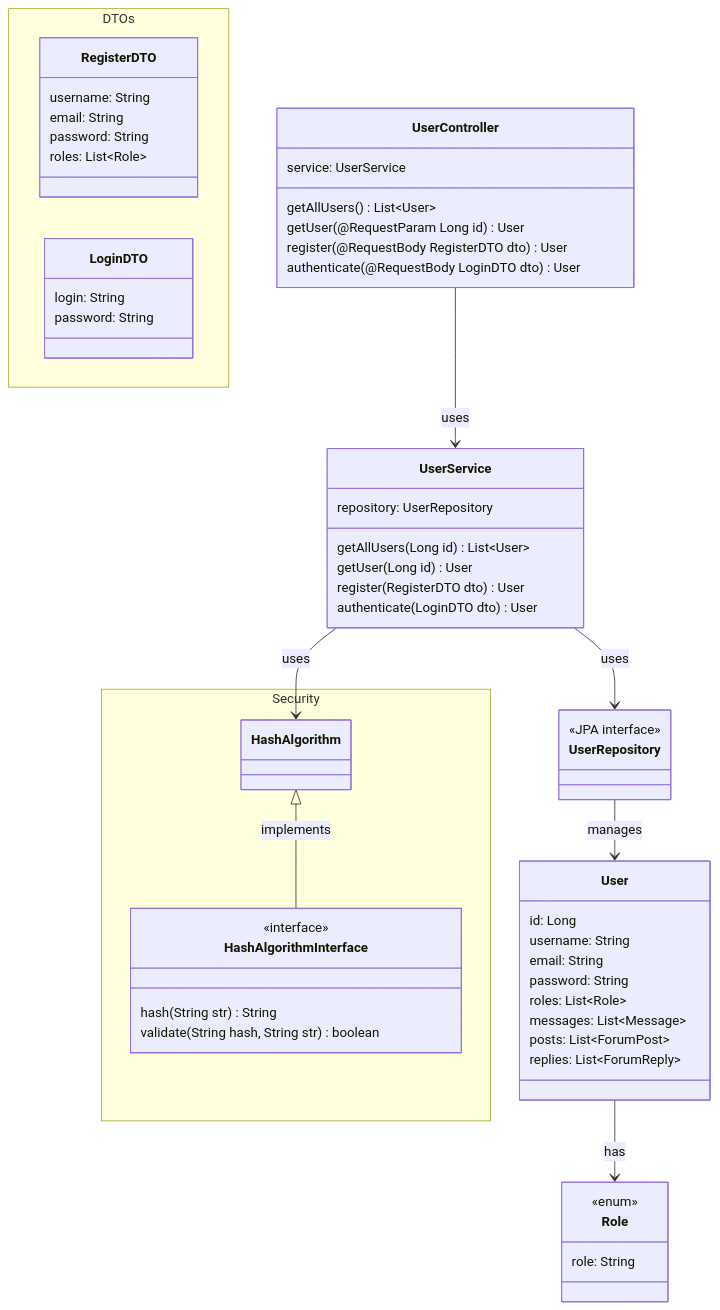
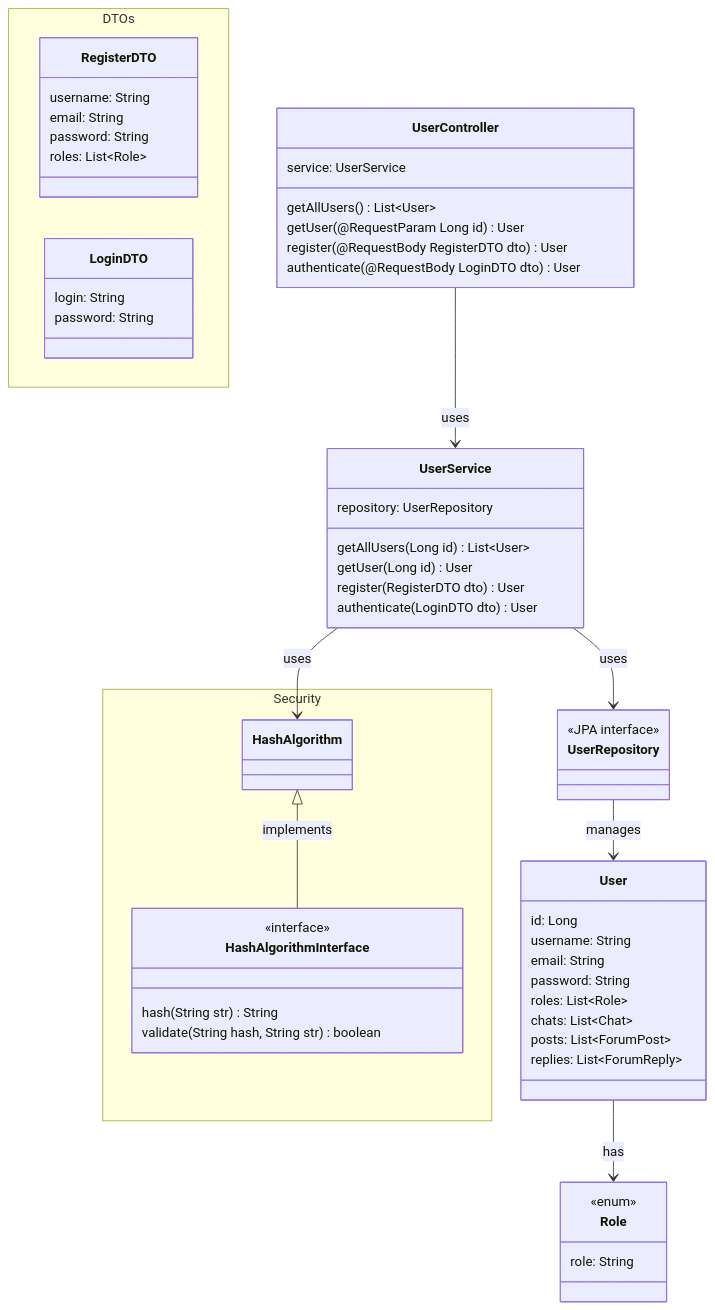
Before and after one commit to sioterino/anemonas: the diagram in docs/diagramas/diagrama-classes/user-domain.md, drawn with Mermaid. The commit also changed 3 other files, not shown here.

Commit message:
diagrama de classes / chat domain

````diff
--- a/docs/diagramas/diagrama-classes/user-domain.md
+++ b/docs/diagramas/diagrama-classes/user-domain.md
@@ -8,75 +8,75 @@
 ```mermaid
 classDiagram
 
     class User {
         id: Long
         username: String
         email: String
         password: String
         roles: List~Role~
 
-        messages: List~Message~
+        chats: List~Chat~
         posts: List~ForumPost~
         replies: List~ForumReply~
     }
 
     class Role {
         <<enum>>
         role: String
     }
 
     class UserRepository {
         <<JPA interface>>
     }
 
     class UserService {
         repository: UserRepository
         getAllUsers(Long id) List~User~
         getUser(Long id) User
         register(RegisterDTO dto) User
         authenticate(LoginDTO dto) User
     }
 
     class UserController {
         service: UserService
         getAllUsers() List~User~
         getUser(@RequestParam Long id) User
         register(@RequestBody RegisterDTO dto) User
         authenticate(@RequestBody LoginDTO dto) User
     }
 
     namespace DTOs {
         class RegisterDTO {
             username: String
             email: String
             password: String
             roles: List~Role~
         }
 
         class LoginDTO {
             login: String
             password: String
         }
     }
 
     namespace Security {
 
         class HashAlgorithmInterface {
             <<interface>>
             hash(String str) String
             validate(String hash, String str) boolean
         }
 
         class HashAlgorithm {}
 
     }
 
     User --> Role : has
     UserRepository --> User : manages
     UserService --> UserRepository : uses
     UserController --> UserService : uses
 
     HashAlgorithm <|-- HashAlgorithmInterface : implements
     UserService --> HashAlgorithm : uses
 
 ```
````
